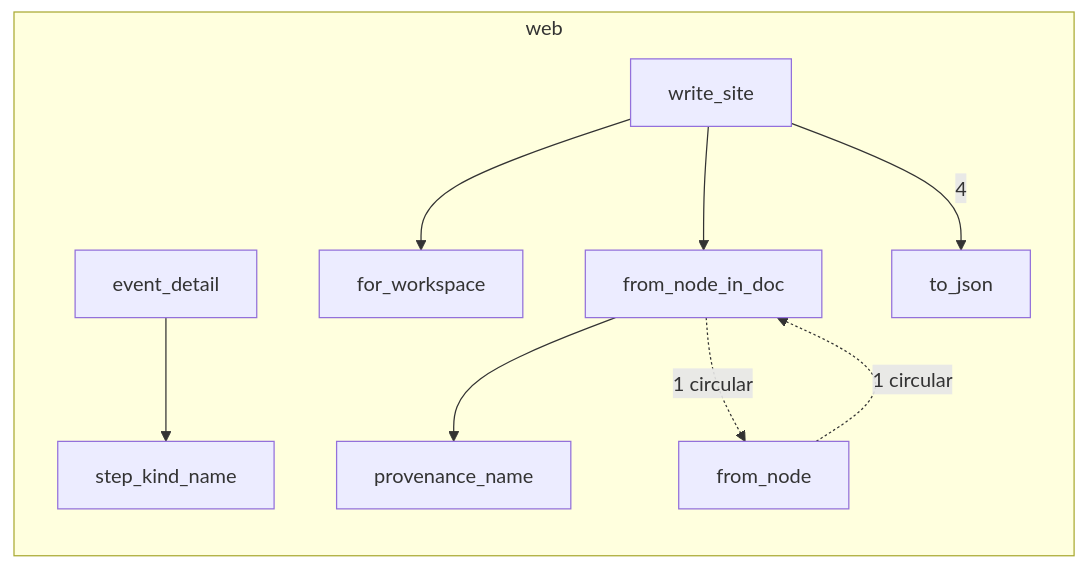
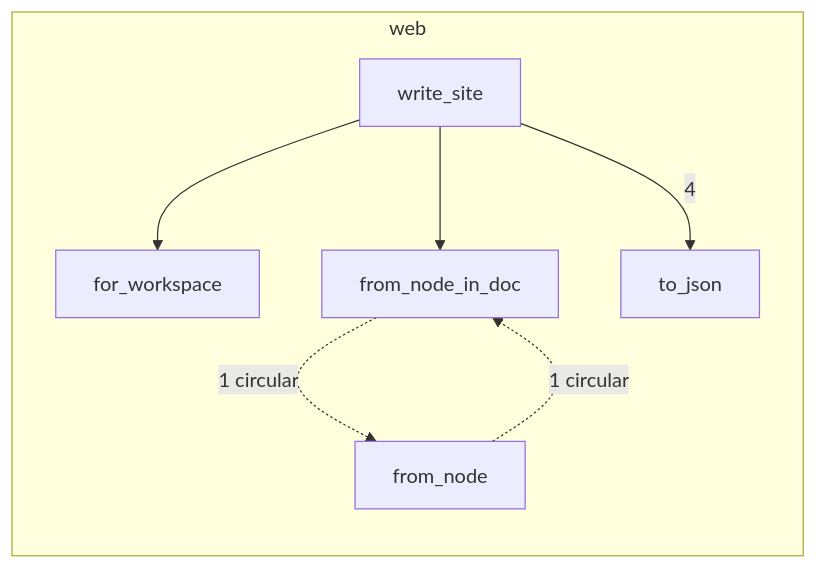
Before and after one commit to RyanGuild/self-describing-code: the third of 3 diagrams in docs/self-model/robby_render/web/index.md, drawn with Mermaid. The commit also changed other lines of this file and 747 other files, not shown here.

````diff
--- a/docs/self-model/robby_render/web/index.md
+++ b/docs/self-model/robby_render/web/index.md
@@ -71,21 +50,16 @@
 ```mermaid
 flowchart TB
     subgraph n_458e2543a821af84["web"]
         direction TB
-        n_12e10a94bd0b89a4["event_detail"]
         n_1cef7cd777a4897f["for_workspace"]
         n_87904cdb73eb4bef["from_node"]
         n_213e965c602f499e["from_node_in_doc"]
-        n_156e84213d588a5f["provenance_name"]
-        n_01028a6d08164775["step_kind_name"]
         n_4d3c3f485a9610d6["to_json"]
         n_035881844fb12b4b["write_site"]
     end
     n_035881844fb12b4b --> n_1cef7cd777a4897f
     n_035881844fb12b4b --> n_213e965c602f499e
     n_035881844fb12b4b -->|"4"| n_4d3c3f485a9610d6
-    n_12e10a94bd0b89a4 --> n_01028a6d08164775
-    n_213e965c602f499e --> n_156e84213d588a5f
     n_213e965c602f499e -.->|"1 circular"| n_87904cdb73eb4bef
     n_87904cdb73eb4bef -.->|"1 circular"| n_213e965c602f499e
 ```
````
